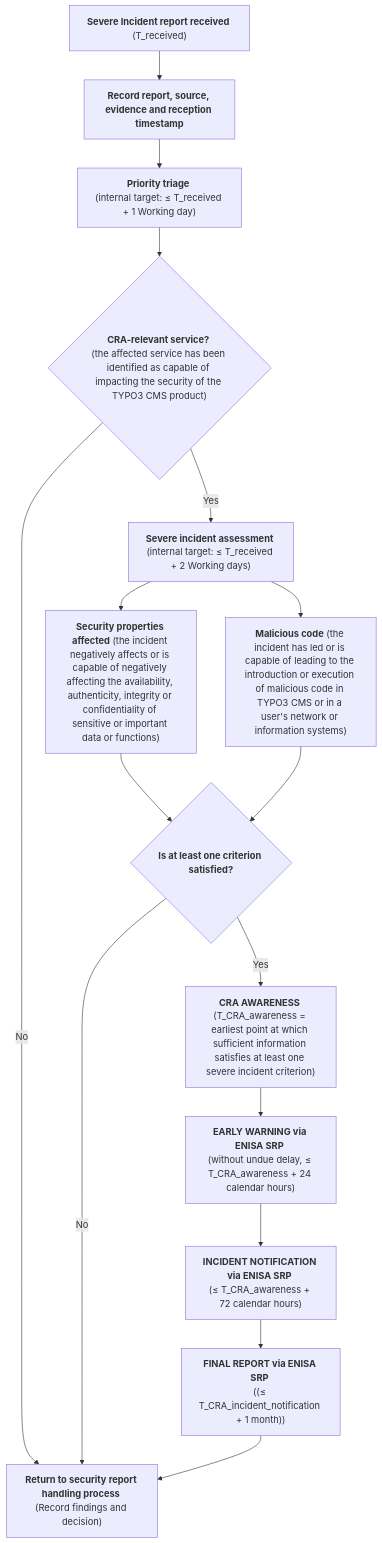
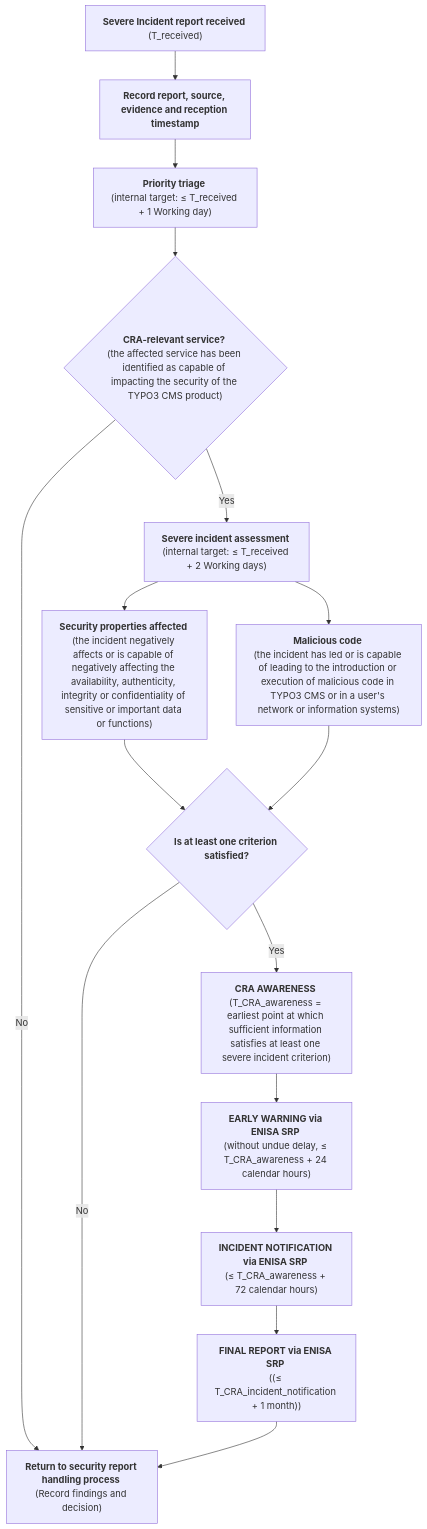
One commit to rfoucard/cra-fast-track changed the diagram in templates/severe-incident-process.md. Above: the diagram before and after it, drawn with Mermaid.

````diff
--- a/templates/severe-incident-process.md
+++ b/templates/severe-incident-process.md
@@ -15,32 +15,32 @@
 ```mermaid
 flowchart TD
 
     A["<strong>Severe&nbsp;Incident&nbsp;report&nbsp;received</strong> \n(T_received)"] --> B["<strong>Record&nbsp;report,&nbsp;source, evidence and reception timestamp</strong>"]
 
     B --> C["<strong>Priority triage</strong> \n(internal&nbsp;target:&nbsp;≤&nbsp;T_received + 1 Working day)"]
 
     C --> D{"<strong>CRA-relevant service?</strong> (the&nbsp;affected&nbsp;service&nbsp;has&nbsp;been identified as capable of impacting the security of the TYPO3 CMS product)"}
 
     D -- "No" --> X["<strong>Return to security report handling process</strong> \n(Record findings and decision)"]
 
     D -- "Yes" --> E["<strong>Severe&nbsp;incident&nbsp;assessment</strong> \n(internal&nbsp;target:&nbsp;≤&nbsp;T_received + 2 Working days)"]
 
-    E --> F["<strong>Security properties affected</strong> (the incident negatively affects or is capable of negatively affecting the availability, authenticity, integrity or confidentiality of sensitive or important data or functions)"]
+    E --> F["<strong>Security&nbsp;properties&nbsp;affected</strong> (the incident negatively affects or is capable of negatively affecting the availability, authenticity, integrity or confidentiality of sensitive or important data or functions)"]
 
-    E --> G["<strong>Malicious code</strong> (the incident has led or is capable of leading to the introduction or execution of malicious code in TYPO3 CMS or in a user's network or information systems)"]
+    E --> G["<strong>Malicious&nbsp;code</strong> (the&nbsp;incident&nbsp;has&nbsp;led&nbsp;or&nbsp;is&nbsp;capable of leading to the introduction or execution of malicious code in TYPO3 CMS or in a user's network or information systems)"]
 
     F --> J{"<strong>Is at least one criterion satisfied?</strong>"}
     G --> J
 
     J -- "No" --> X
     J -- "Yes" --> L["<strong>CRA AWARENESS</strong> \n(T_CRA_awareness = earliest point at which sufficient information satisfies at least one severe incident criterion)"]
 
     L --> M["<strong>EARLY WARNING via ENISA SRP</strong> \n(without undue delay, ≤ T_CRA_awareness + 24 calendar hours)"]
 
     M --> N["<strong>INCIDENT NOTIFICATION via ENISA SRP</strong> \n(≤ T_CRA_awareness + 72 calendar hours)"]
 
     N --> O["<strong>FINAL REPORT via ENISA SRP</strong> \n((≤ T_CRA_incident_notification + 1 month))"]
 
     O --> X
 
 ```
````
